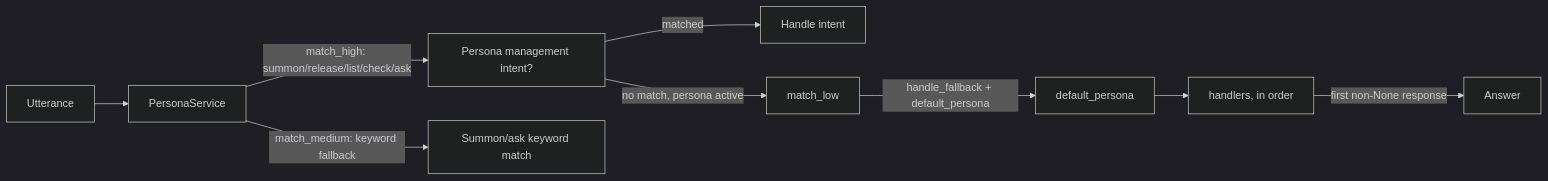
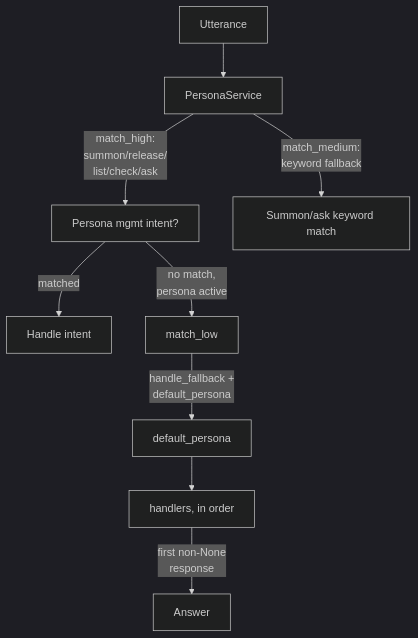
The diagram in docs/personas.md (OpenVoiceOS/beta-technical-manual), drawn with Mermaid (dark theme) before and after one commit. The commit also changed 19 other files, not shown here.

First line of the commit message:
docs: fit diagrams to the content column; arena live URL

````diff
--- a/docs/personas.md
+++ b/docs/personas.md
@@ -172,11 +172,11 @@
 ```mermaid
-flowchart LR
+flowchart TD
     U[Utterance] --> PS[PersonaService]
-    PS -->|match_high: summon/release/list/check/ask| MI[Persona management intent?]
+    PS -->|"match_high:<br/>summon/release/<br/>list/check/ask"| MI[Persona mgmt intent?]
     MI -->|matched| R1[Handle intent]
-    MI -->|no match, persona active| ML[match_low]
-    PS -->|match_medium: keyword fallback| MM[Summon/ask keyword match]
-    ML -->|handle_fallback + default_persona| DP[default_persona]
+    MI -->|no match,<br/>persona active| ML[match_low]
+    PS -->|"match_medium:<br/>keyword fallback"| MM[Summon/ask keyword match]
+    ML -->|handle_fallback +<br/>default_persona| DP[default_persona]
     DP --> H1[handlers, in order]
-    H1 -->|first non-None response| A[Answer]
+    H1 -->|first non-None<br/>response| A[Answer]
 ```
````
